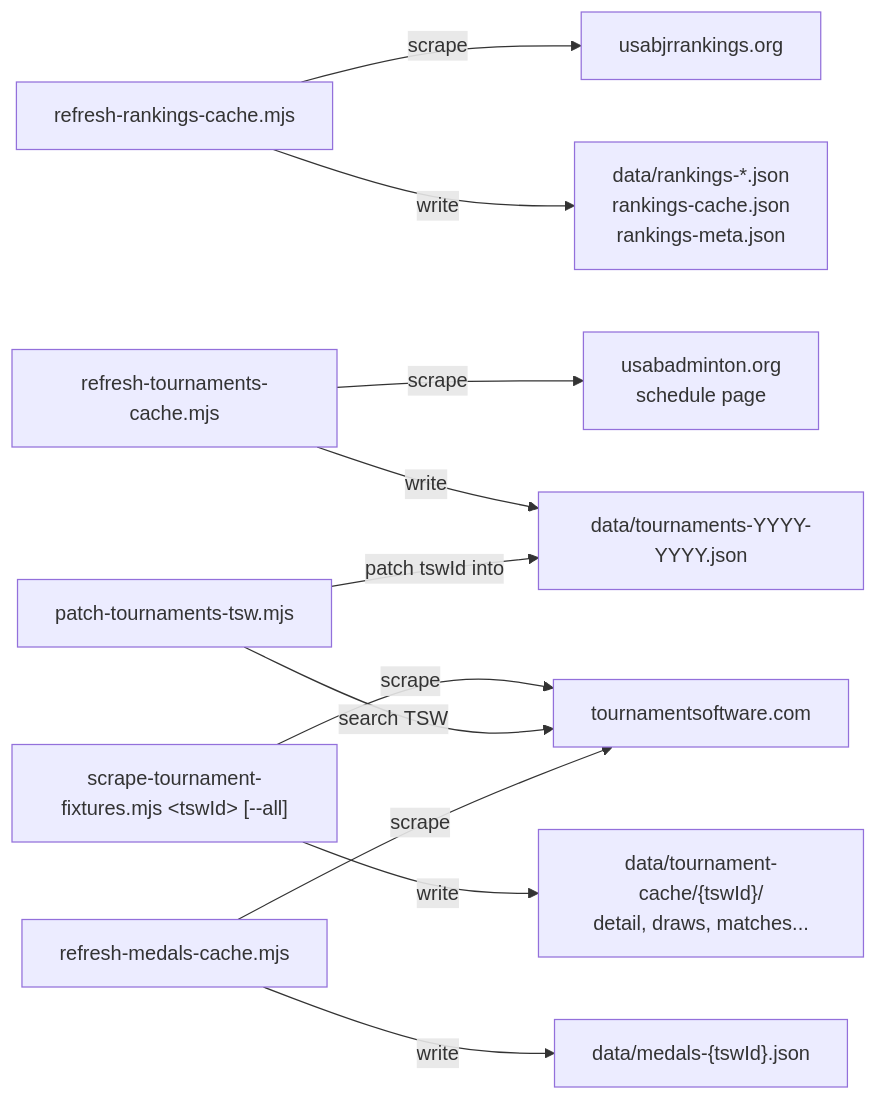
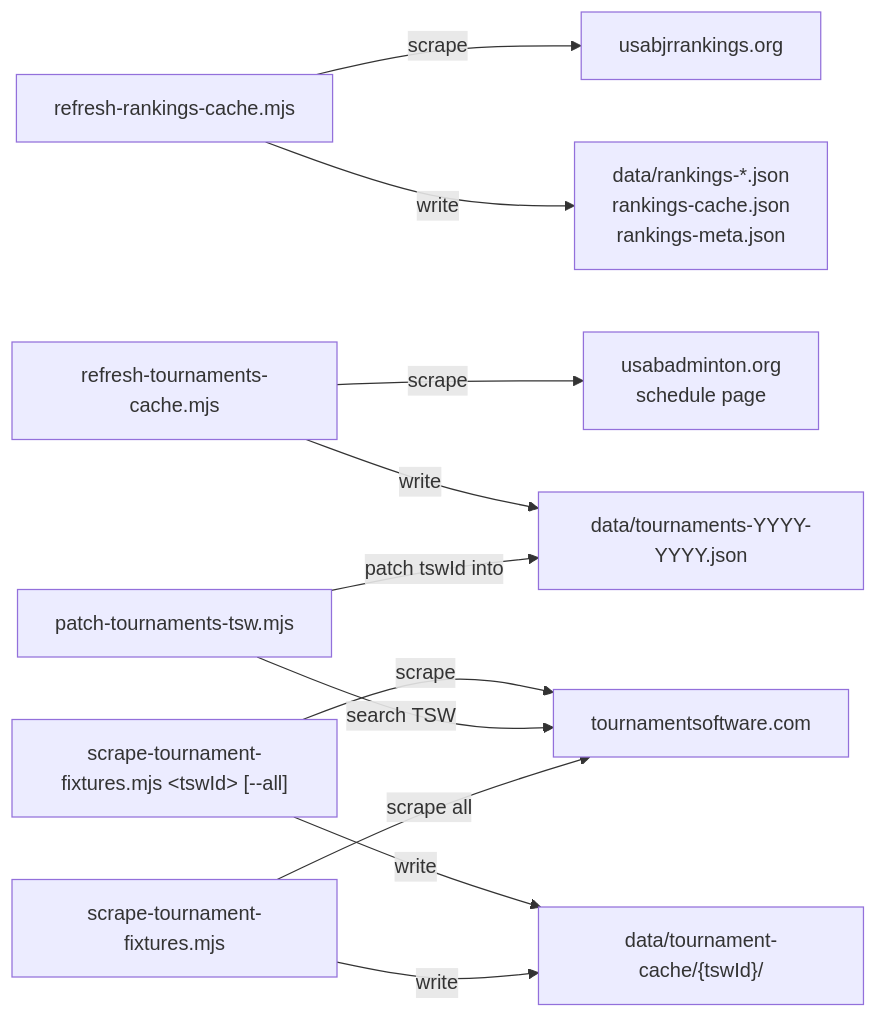
One commit to pookyl/usab-junior changed the second of 3 diagrams in docs/design/architecture.md. Above: the diagram before and after it, drawn with Mermaid. The commit also changed 5 other files, not shown here.

First line of the commit message:
Remove redundant flat-file medals cache superseded by tournament-cache

````diff
--- a/docs/design/architecture.md
+++ b/docs/design/architecture.md
@@ -53,17 +53,17 @@
 ```mermaid
 flowchart LR
     S1["refresh-rankings-cache.mjs"] -->|scrape| USAB["usabjrrankings.org"]
     S1 -->|write| R["data/rankings-*.json<br/>rankings-cache.json<br/>rankings-meta.json"]
 
     S2["refresh-tournaments-cache.mjs"] -->|scrape| USAB2["usabadminton.org<br/>schedule page"]
     S2 -->|write| T["data/tournaments-YYYY-YYYY.json"]
 
     S3["scrape-tournament-fixtures.mjs &lt;tswId&gt; [--all]"] -->|scrape| TSW["tournamentsoftware.com"]
     S3 -->|write| TC["data/tournament-cache/{tswId}/<br/>detail, draws, matches..."]
 
     S4["patch-tournaments-tsw.mjs"] -->|search TSW| TSW
     S4 -->|patch tswId into| T
 
-    S5["refresh-medals-cache.mjs"] -->|scrape| TSW
-    S5 -->|write| M["data/medals-{tswId}.json"]
+    S5["scrape-tournament-fixtures.mjs"] -->|scrape all| TSW
+    S5 -->|write| TC["data/tournament-cache/{tswId}/"]
 ```
````
